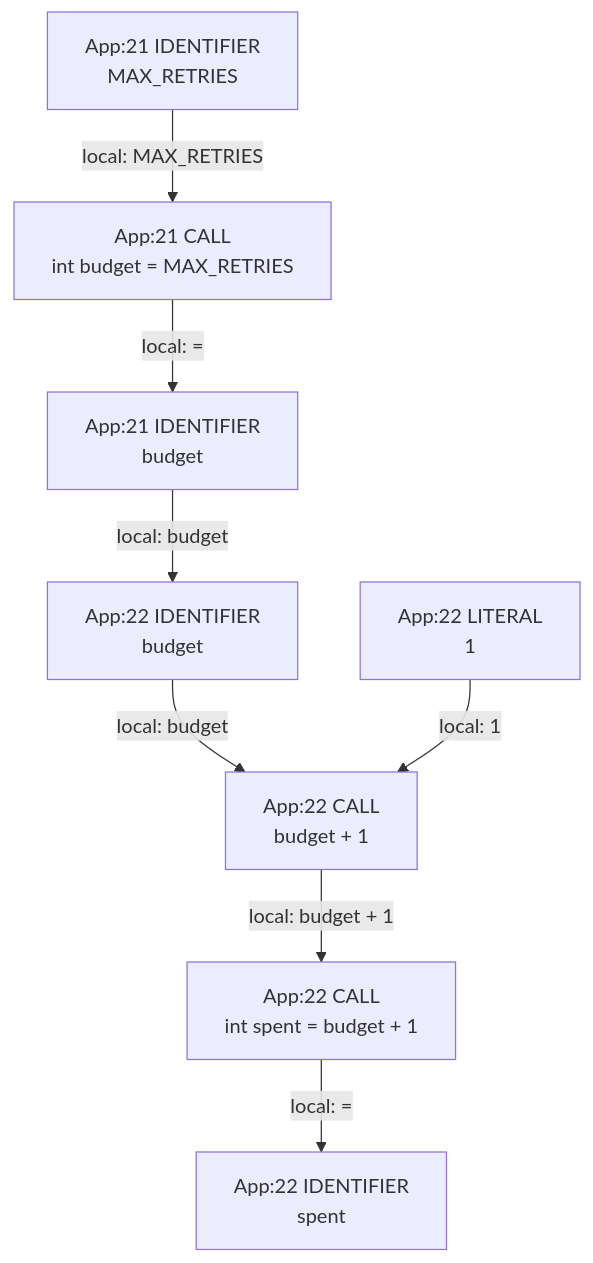
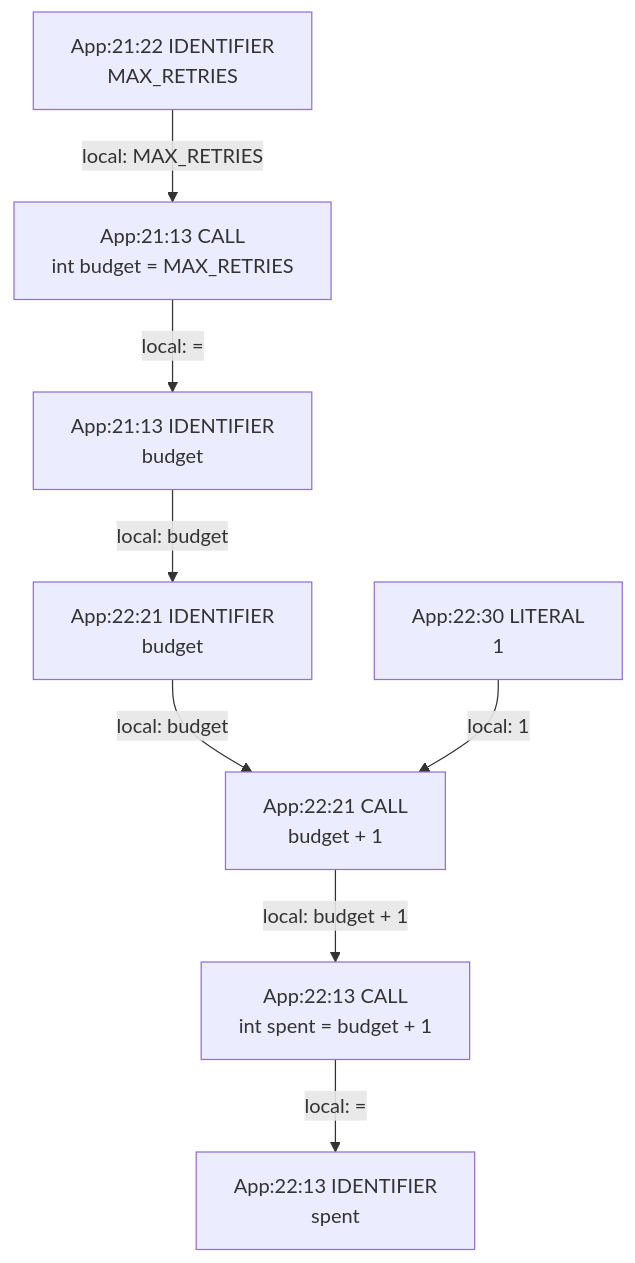
Before and after one commit to gstiebler/codeflow: the diagram in app/src/test/resources/externalConstant/spike-truth.md, drawn with Mermaid. The commit also changed 154 other files, not shown here.

````diff
--- a/app/src/test/resources/externalConstant/spike-truth.md
+++ b/app/src/test/resources/externalConstant/spike-truth.md
@@ -3,18 +3,18 @@
 ```mermaid
 flowchart TD
-  n0["App:21 CALL<br/>int budget = MAX_RETRIES"]
-  n1["App:21 IDENTIFIER<br/>MAX_RETRIES"]
-  n2["App:21 IDENTIFIER<br/>budget"]
-  n3["App:22 CALL<br/>budget + 1"]
-  n4["App:22 CALL<br/>int spent = budget + 1"]
-  n5["App:22 IDENTIFIER<br/>budget"]
-  n6["App:22 IDENTIFIER<br/>spent"]
-  n7["App:22 LITERAL<br/>1"]
-  n0 -->|"local: ="| n2
-  n1 -->|"local: MAX_RETRIES"| n0
-  n2 -->|"local: budget"| n5
-  n3 -->|"local: budget + 1"| n4
-  n4 -->|"local: ="| n6
-  n5 -->|"local: budget"| n3
-  n7 -->|"local: 1"| n3
+  n0["App:21:13 CALL<br/>int budget = MAX_RETRIES"]
+  n1["App:21:13 IDENTIFIER<br/>budget"]
+  n2["App:21:22 IDENTIFIER<br/>MAX_RETRIES"]
+  n3["App:22:13 CALL<br/>int spent = budget + 1"]
+  n4["App:22:13 IDENTIFIER<br/>spent"]
+  n5["App:22:21 CALL<br/>budget + 1"]
+  n6["App:22:21 IDENTIFIER<br/>budget"]
+  n7["App:22:30 LITERAL<br/>1"]
+  n0 -->|"local: ="| n1
+  n1 -->|"local: budget"| n6
+  n2 -->|"local: MAX_RETRIES"| n0
+  n3 -->|"local: ="| n4
+  n5 -->|"local: budget + 1"| n3
+  n6 -->|"local: budget"| n5
+  n7 -->|"local: 1"| n5
 ```
````
